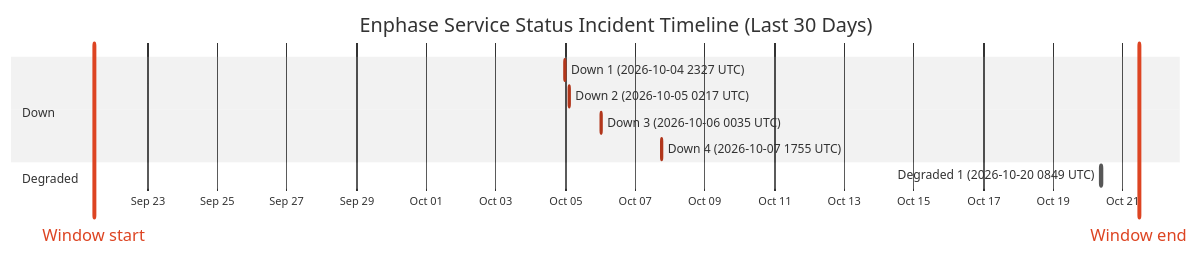
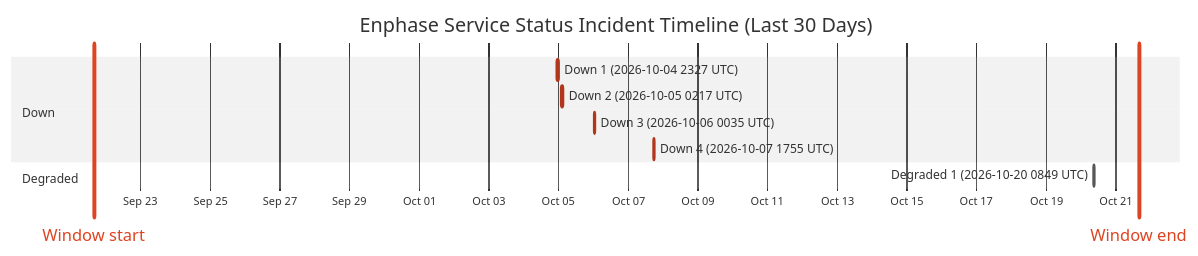
One commit to barneyonline/ha-enphase-energy changed the diagram in wiki/Service-Status-History.md. Above: the diagram before and after it, drawn with Mermaid (neutral theme). The commit also changed other lines of this file and 3 other files, not shown here.

````diff
--- a/wiki/Service-Status-History.md
+++ b/wiki/Service-Status-History.md
@@ -14,15 +14,15 @@
 ```mermaid
 gantt
     title Enphase Service Status Incident Timeline (Last 30 Days)
     dateFormat  YYYY-MM-DDTHH:mm:ss
     axisFormat  %b %d
-    Window start :vert, window-start, 2026-09-21T11:12:08, 0ms
-    Window end :vert, window-end, 2026-10-21T11:12:08, 0ms
+    Window start :vert, window-start, 2026-09-21T16:02:00, 0ms
+    Window end :vert, window-end, 2026-10-21T16:02:00, 0ms
     section Down
     Down 1 (2026-10-04 2327 UTC) :crit, down-1, 2026-10-04T23:27:34, 60m
     Down 2 (2026-10-05 0217 UTC) :crit, down-2, 2026-10-05T02:17:30, 60m
     Down 3 (2026-10-06 0035 UTC) :crit, down-3, 2026-10-06T00:35:21, 60m
     Down 4 (2026-10-07 1755 UTC) :crit, down-4, 2026-10-07T17:55:16, 60m
     section Degraded
     Degraded 1 (2026-10-20 0849 UTC) :active, degraded-1, 2026-10-20T08:49:49, 60m
 ```
````
